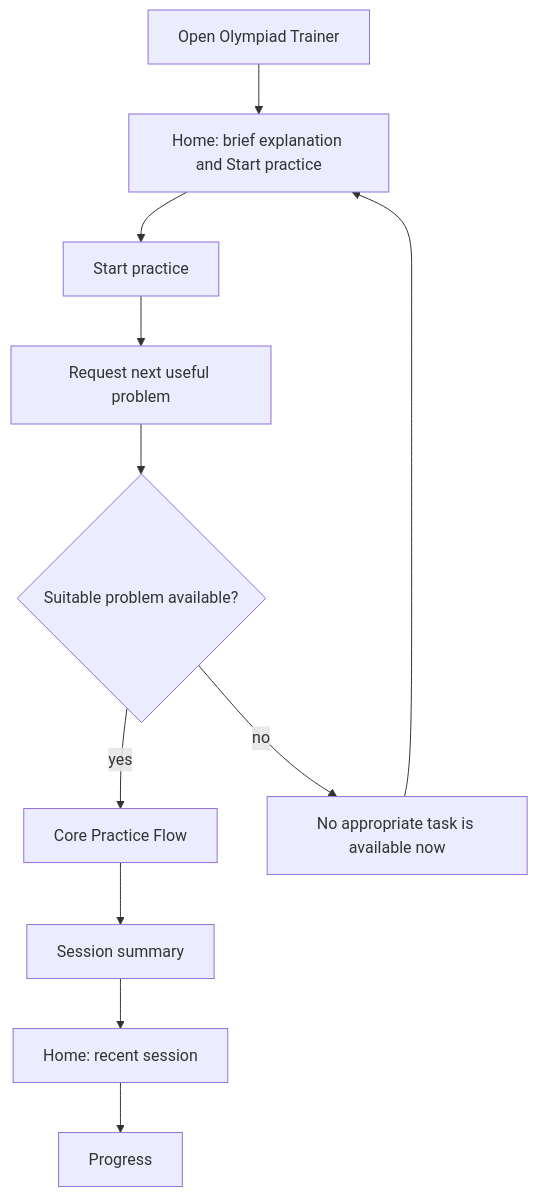
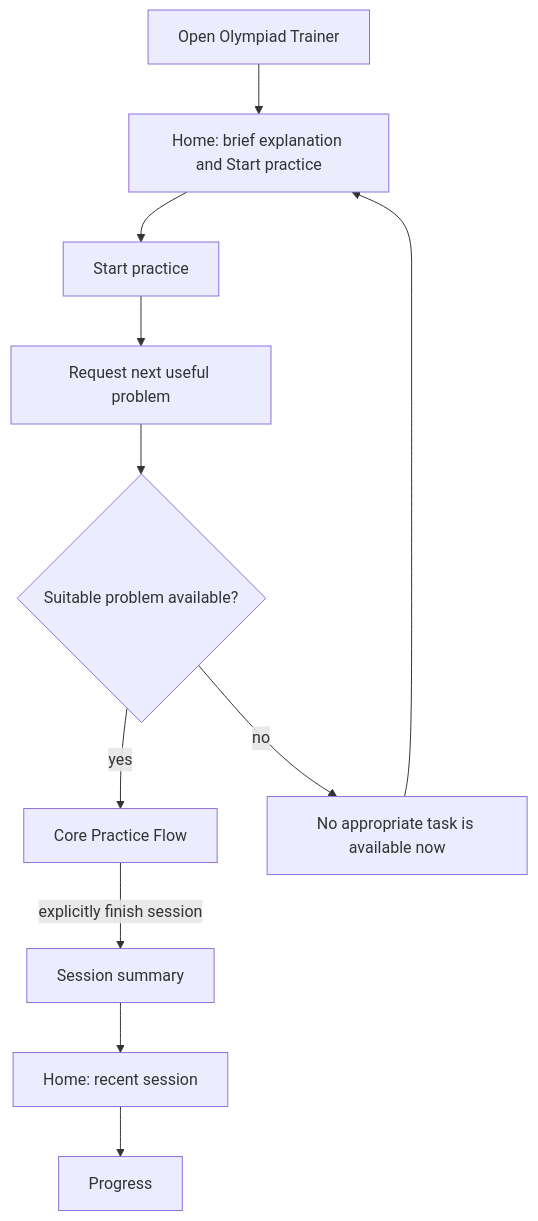
Before and after one commit to SemenKr/olympiad-trainer: the first of 2 diagrams in docs/03-ux/first-visit-navigation-flow.md, drawn with Mermaid. The commit also changed other lines of this file and 6 other files, not shown here.

````diff
--- a/docs/03-ux/first-visit-navigation-flow.md
+++ b/docs/03-ux/first-visit-navigation-flow.md
@@ -55,13 +55,13 @@
 ```mermaid
 flowchart TD
     open[Open Olympiad Trainer] --> home[Home: brief explanation and Start practice]
     home --> start[Start practice]
     start --> request[Request next useful problem]
     request --> available{Suitable problem available?}
     available -->|yes| practice[Core Practice Flow]
-    practice --> summary[Session summary]
+    practice -->|explicitly finish session| summary[Session summary]
     summary --> homeReturn[Home: recent session]
     homeReturn --> progress[Progress]
     available -->|no| unavailable[No appropriate task is available now]
     unavailable --> home
 ```
````
